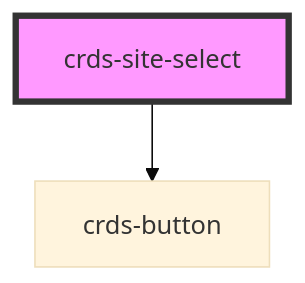
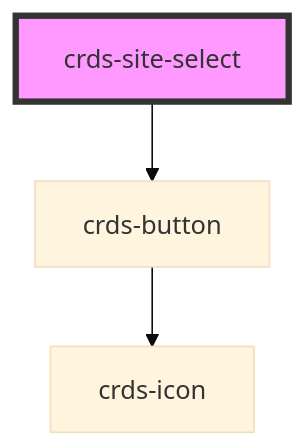
One commit to dholloran-ample/visual-regression-testing-IP changed the diagram in src/components/crds-site-select/readme.md. Above: the diagram before and after it, drawn with Mermaid (base theme). The commit also changed 6 other files, not shown here.

````diff
--- a/src/components/crds-site-select/readme.md
+++ b/src/components/crds-site-select/readme.md
@@ -29,5 +29,6 @@
 ```mermaid
 graph TD;
   crds-site-select --> crds-button
+  crds-button --> crds-icon
   style crds-site-select fill:#f9f,stroke:#333,stroke-width:4px
 ```
````
